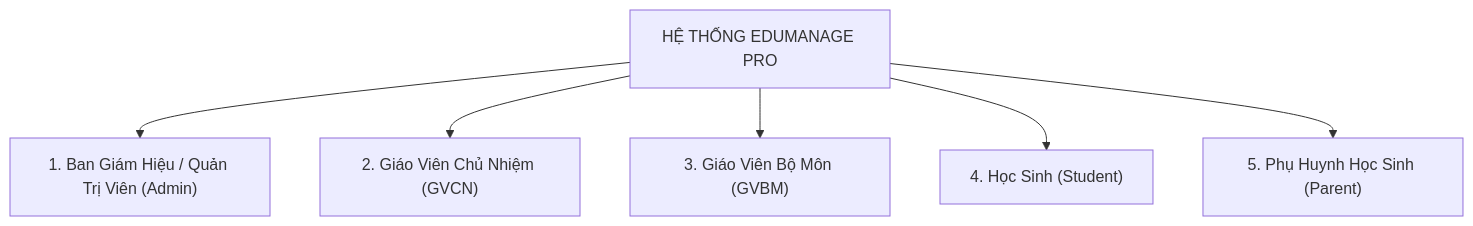
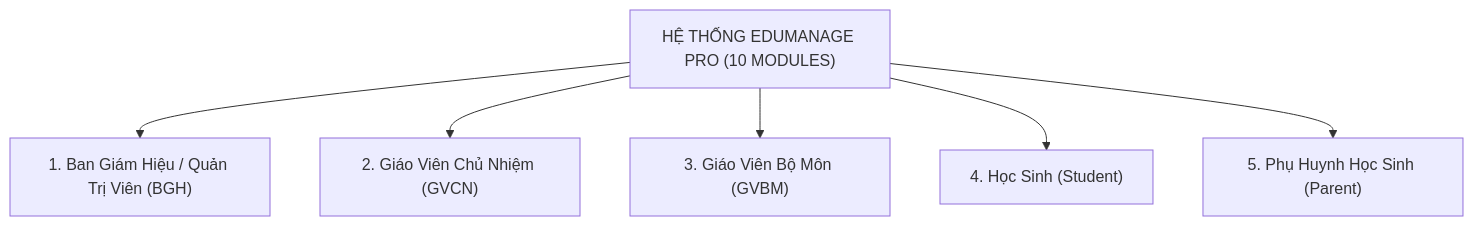
The first of 4 diagrams in Report_Slide/slide.md (DYBInh2k5/Phat-Trien-Du-An-Phan-Mem), drawn with Mermaid before and after one commit. The commit also changed other lines of this file and 1 other file, not shown here.

Commit message:
docs(report-slide): fully update report.md and slide.md to Week 10 with 322 tests, VietQR and Clean Architecture

````diff
--- a/Report_Slide/slide.md
+++ b/Report_Slide/slide.md
@@ -59,9 +60,9 @@
 ```mermaid
 graph TD
-    System["HỆ THỐNG EDUMANAGE PRO"]
-    System --> Role1["1. Ban Giám Hiệu / Quản Trị Viên (Admin)"]
+    System["HỆ THỐNG EDUMANAGE PRO (10 MODULES)"]
+    System --> Role1["1. Ban Giám Hiệu / Quản Trị Viên (BGH)"]
     System --> Role2["2. Giáo Viên Chủ Nhiệm (GVCN)"]
     System --> Role3["3. Giáo Viên Bộ Môn (GVBM)"]
     System --> Role4["4. Học Sinh (Student)"]
     System --> Role5["5. Phụ Huynh Học Sinh (Parent)"]
 ```
````
